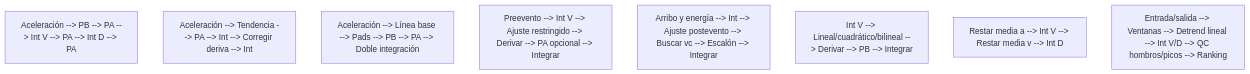
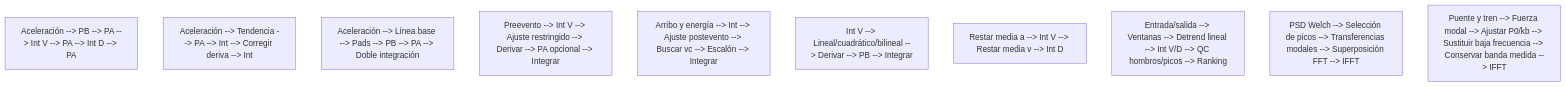
One commit to jolumartinez/desp_from_acc changed the diagram in docs/desp_desktop_app/methods_overview.mmd. Above: the diagram before and after it, drawn with Mermaid. The commit also changed 29 other files, not shown here.

```diff
--- a/docs/desp_desktop_app/methods_overview.mmd
+++ b/docs/desp_desktop_app/methods_overview.mmd
@@ -1,9 +1,11 @@
 flowchart TB
     TL[Aceleración --> PB --> PA --> Int V --> PA --> Int D --> PA]
     CH[Aceleración --> Tendencia --> PA --> Int --> Corregir deriva --> Int]
     CB[Aceleración --> Línea base --> Pads --> PB --> PA --> Doble integración]
     BO[Preevento --> Int V --> Ajuste restringido --> Derivar --> PA opcional --> Integrar]
     WA[Arribo y energía --> Int --> Ajuste postevento --> Buscar vc --> Escalón --> Integrar]
     DA[Int V --> Lineal/cuadrático/bilineal --> Derivar --> PB --> Integrar]
     PA[Restar media a --> Int V --> Restar media v --> Int D]
     BU[Entrada/salida --> Ventanas --> Detrend lineal --> Int V/D --> QC hombros/picos --> Ranking]
+    JM[PSD Welch --> Selección de picos --> Transferencias modales --> Superposición FFT --> IFFT]
+    TK[Puente y tren --> Fuerza modal --> Ajustar P0/kb --> Sustituir baja frecuencia --> Conservar banda medida --> IFFT]
```
